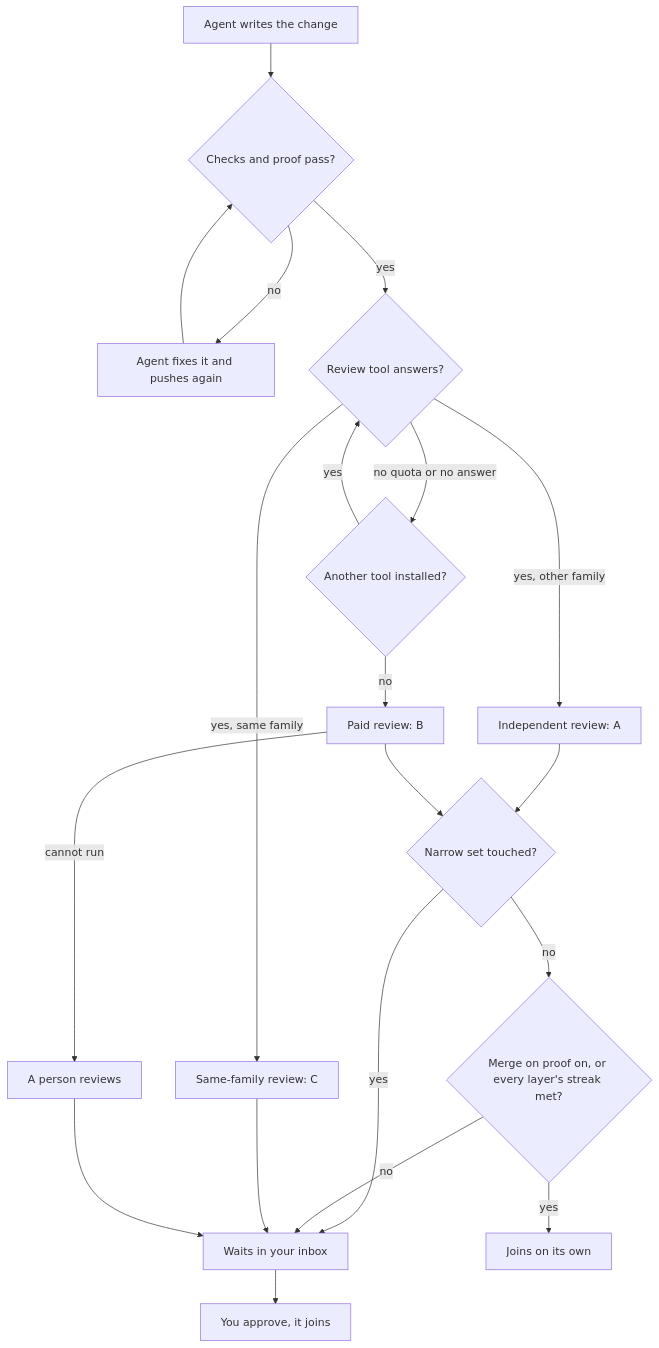
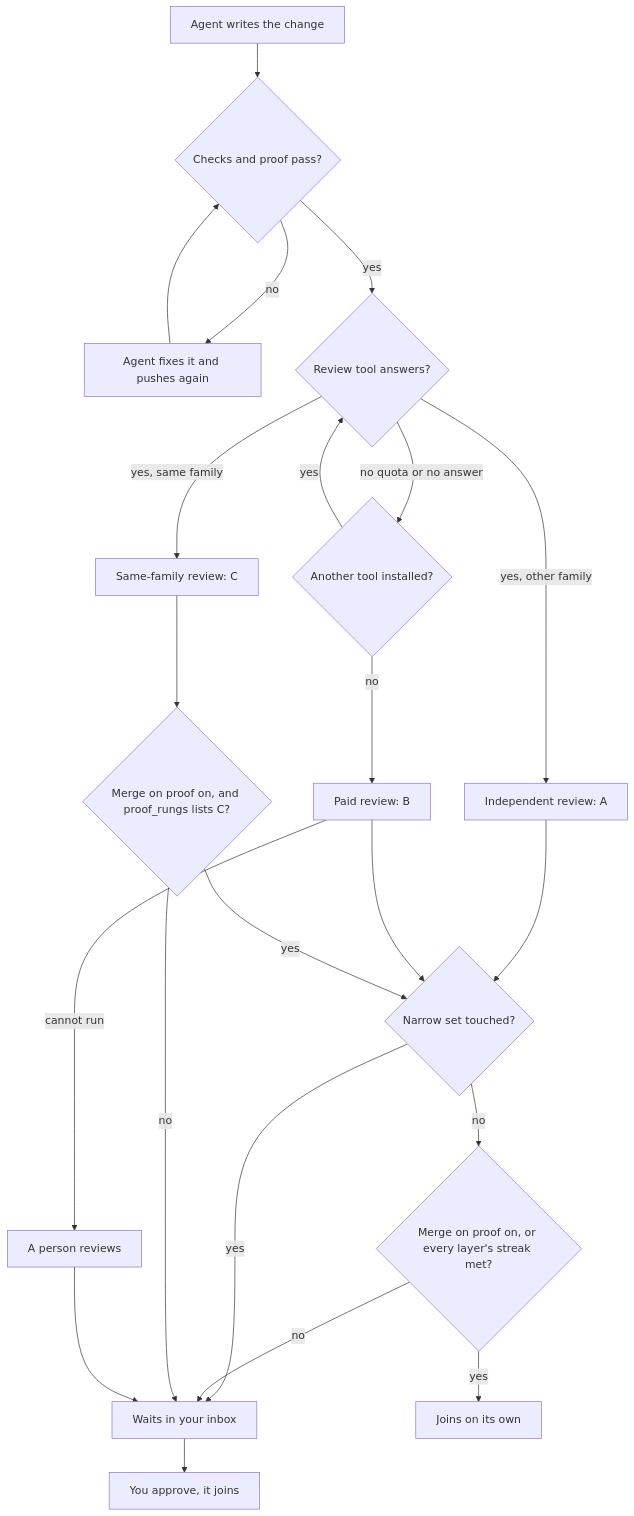
The diagram in docs/releases/v0.3.0.md (rahulnakmol/agentic-ayudha), drawn with Mermaid before and after one commit. The commit also changed other lines of this file and 1 other file, not shown here.

Commit message:
docs(release): route rung C through proof and qualify ship's red-check line
The v0.3.0 diagram now sends a same-family review to the narrow-set
check when merge on proof is on and proof_rungs lists C. The CHANGELOG
says ship reads the checks once, so a later red check can pass under a
bypass identity (#632).

Aayudha-Host: amp
Aayudha-Model: claude-opus-5-5
Amp-Thread-ID: https://ampcode.com/threads/T-01a14f47-25f7-765e-beca-08cf353489ae

````diff
--- a/docs/releases/v0.3.0.md
+++ b/docs/releases/v0.3.0.md
@@ -106,22 +106,24 @@
 ```mermaid
 flowchart TD
     A[Agent writes the change] --> B{Checks and proof pass?}
     B -->|no| R[Agent fixes it and pushes again]
     R --> B
     B -->|yes| D{Review tool answers?}
     D -->|yes, other family| E[Independent review: A]
     D -->|yes, same family| C3[Same-family review: C]
     D -->|no quota or no answer| N{Another tool installed?}
     N -->|yes| D
     N -->|no| F[Paid review: B]
     F -->|cannot run| P[A person reviews]
     E --> G{Narrow set touched?}
     F --> G
     G -->|yes| I[Waits in your inbox]
     G -->|no| K{Merge on proof on, or every layer's streak met?}
     K -->|yes| H[Joins on its own]
     K -->|no| I
-    C3 --> I
+    C3 --> Q{Merge on proof on, and proof_rungs lists C?}
+    Q -->|yes| G
+    Q -->|no| I
     P --> I
     I --> J[You approve, it joins]
 ```
````
